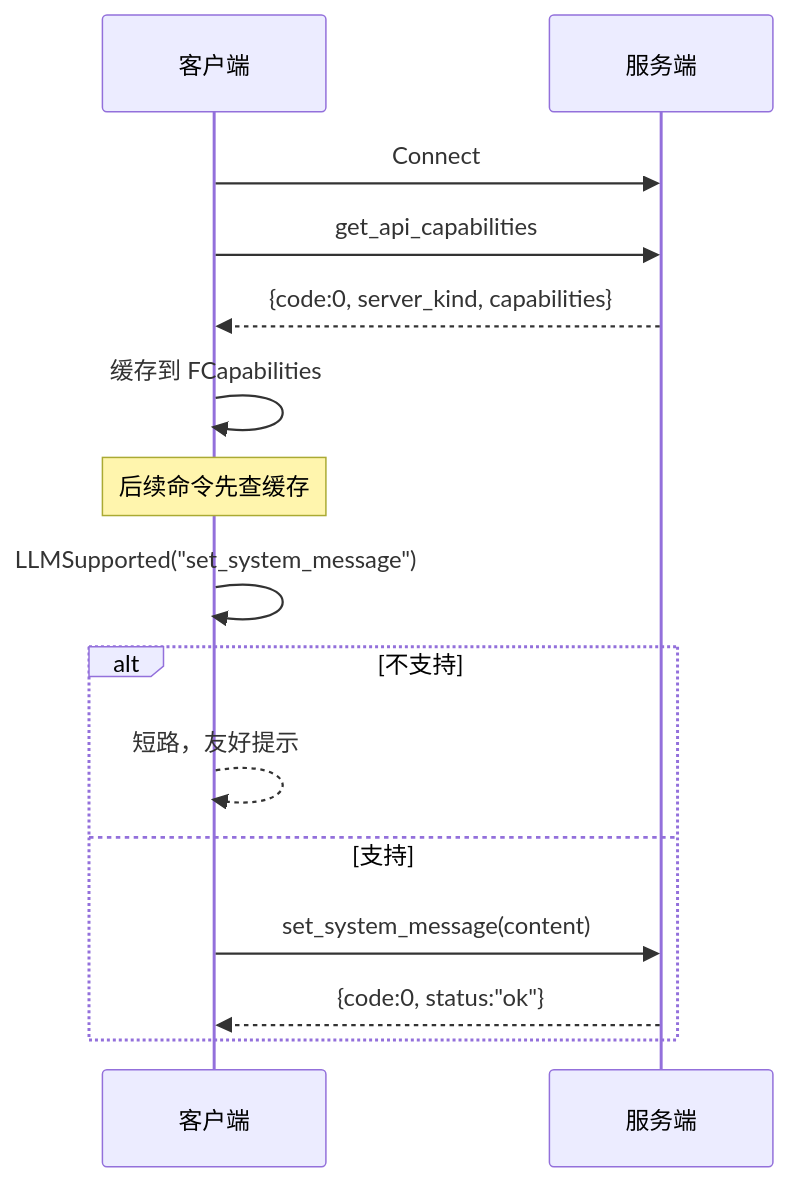
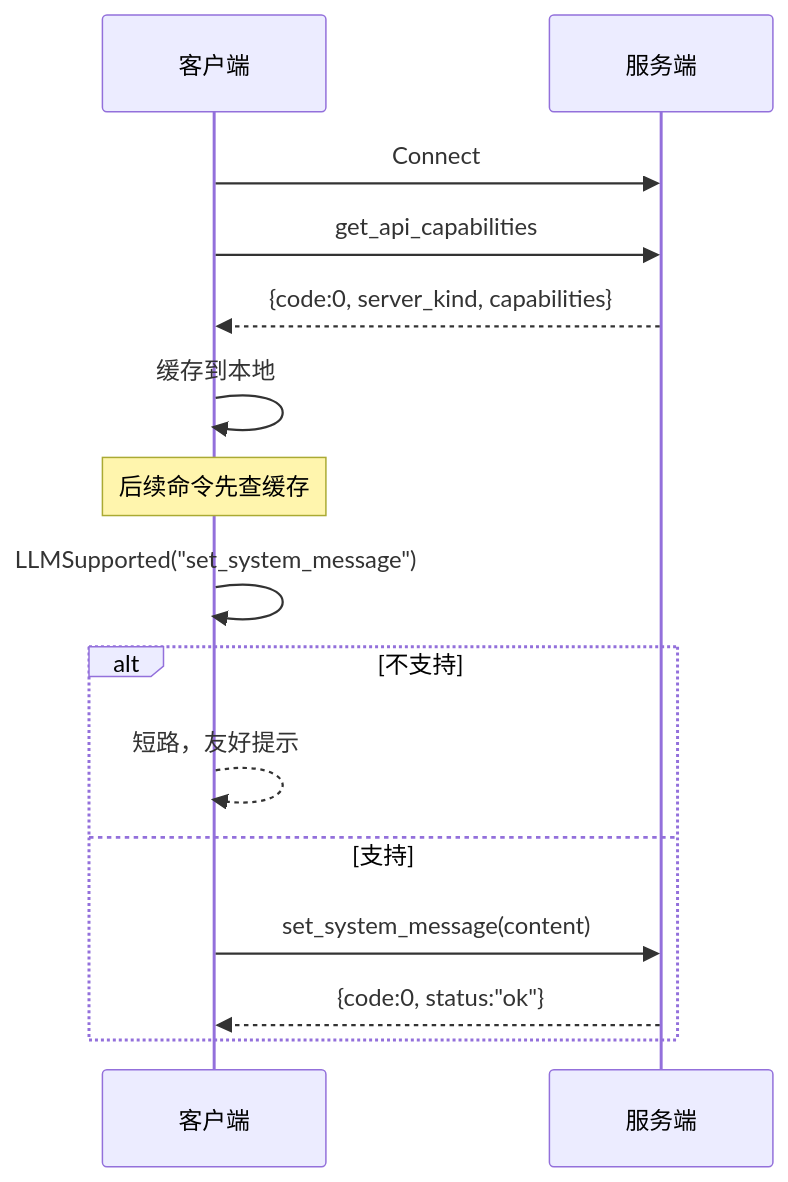
One commit to PassByYou888/LingoFuse-pasAgent changed diagram 19 of 28 in src/llm-service/LingoFuse_LLM_Ecosystem_User_Guide.md. Above: the diagram before and after it, drawn with Mermaid. The commit also changed other lines of this file, not shown here.

````diff
--- a/src/llm-service/LingoFuse_LLM_Ecosystem_User_Guide.md
+++ b/src/llm-service/LingoFuse_LLM_Ecosystem_User_Guide.md
@@ -604,18 +675,18 @@
 ```mermaid
 sequenceDiagram
     participant C as 客户端
     participant S as 服务端
 
     C->>S: Connect
     C->>S: get_api_capabilities
     S-->>C: {code:0, server_kind, capabilities}
-    C->>C: 缓存到 FCapabilities
+    C->>C: 缓存到本地
     Note over C: 后续命令先查缓存
     C->>C: LLMSupported("set_system_message")
     alt 不支持
         C-->>C: 短路，友好提示
     else 支持
         C->>S: set_system_message(content)
         S-->>C: {code:0, status:"ok"}
     end
 ```
````
